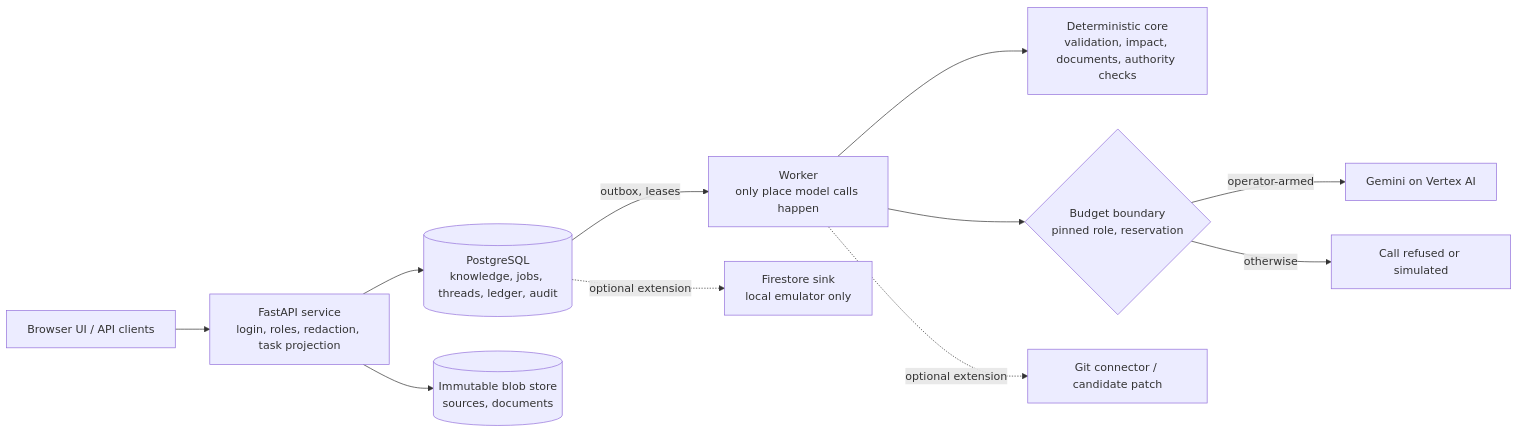
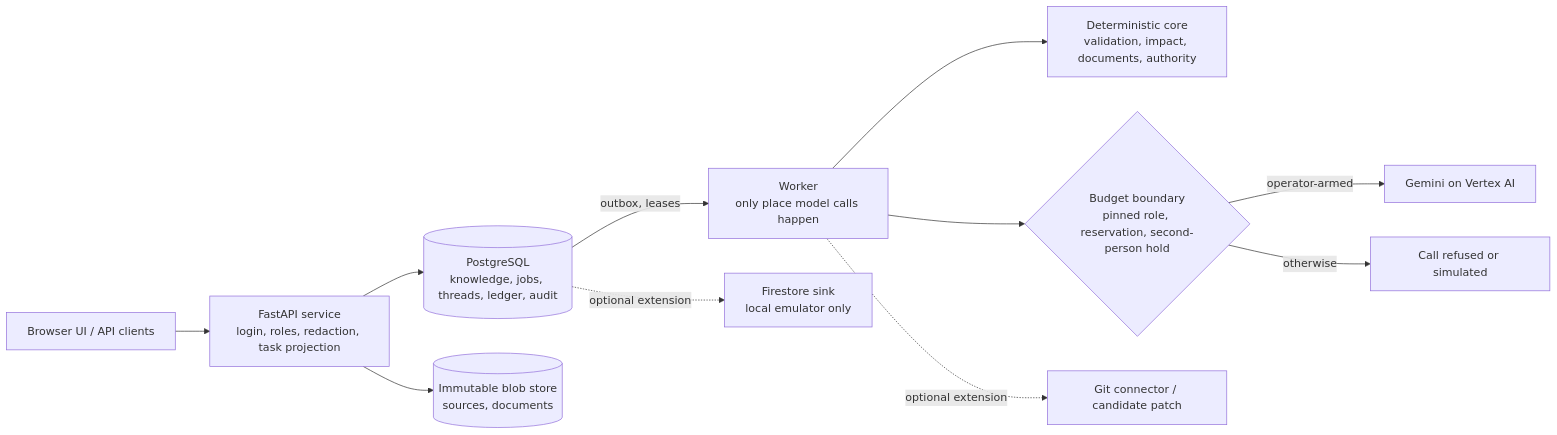
Before and after one commit to francisnguyenanh/Ripple-finale: the second of 2 diagrams in README.md, drawn with Mermaid. The commit also changed other lines of this file and 41 other files, not shown here.

First line of the commit message:
Update to the approved preview source 7f1754c: server-stated authority in the request assistant, business rules read from the sources, AI runs held for a second person; README and provenance for this preview

````diff
--- a/README.md
+++ b/README.md
@@ -231,13 +229,13 @@
 ```mermaid
 flowchart LR
   UI["Browser UI / API clients"] --> API["FastAPI service<br/>login, roles, redaction, task projection"]
   API --> DB[("PostgreSQL<br/>knowledge, jobs, threads, ledger, audit")]
   API --> BLOB[("Immutable blob store<br/>sources, documents")]
   DB -->|"outbox, leases"| W["Worker<br/>only place model calls happen"]
-  W --> CORE["Deterministic core<br/>validation, impact, documents, authority checks"]
-  W --> B{"Budget boundary<br/>pinned role, reservation"}
+  W --> CORE["Deterministic core<br/>validation, impact, documents, authority"]
+  W --> B{"Budget boundary<br/>pinned role, reservation, second-person hold"}
   B -->|"operator-armed"| M["Gemini on Vertex AI"]
   B -->|"otherwise"| X["Call refused or simulated"]
   W -.->|"optional extension"| GIT["Git connector / candidate patch"]
   DB -.->|"optional extension"| FS["Firestore sink<br/>local emulator only"]
 ```
````
